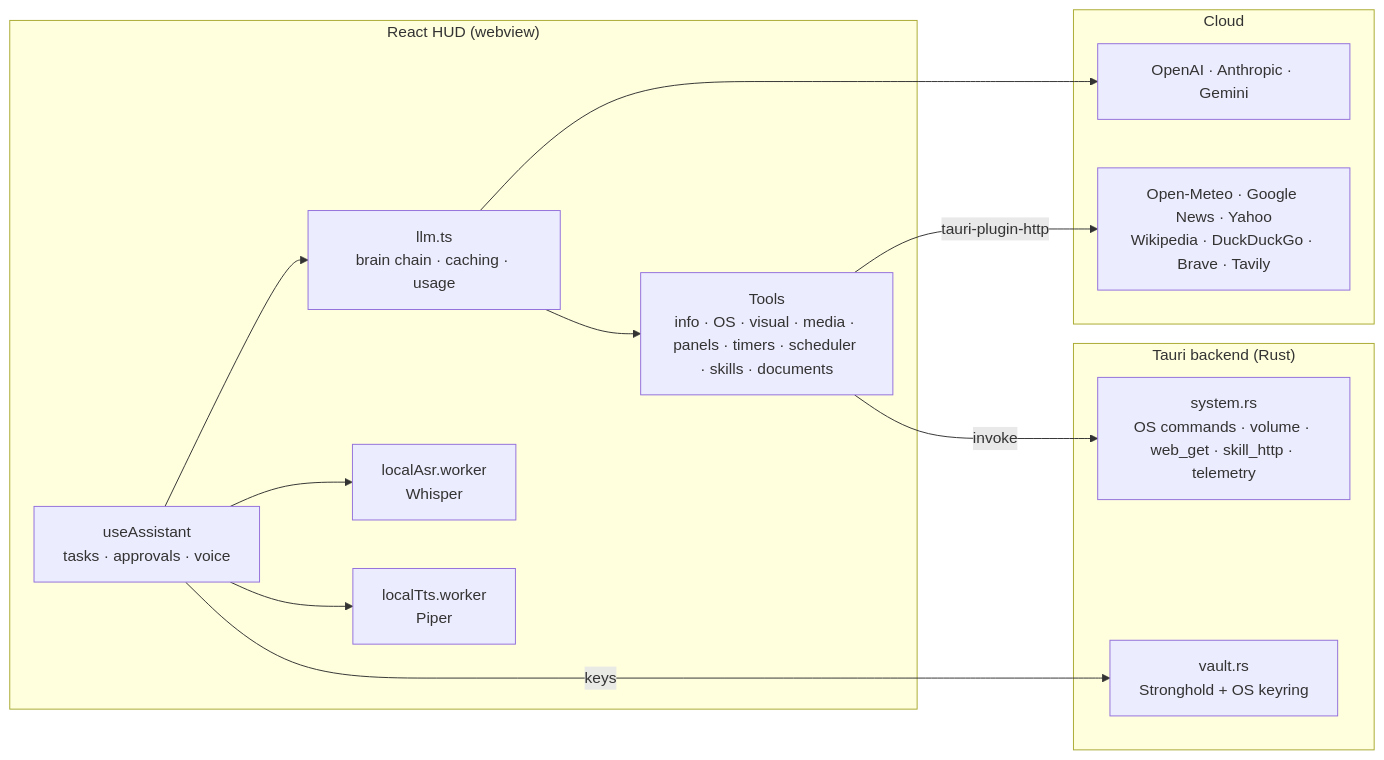
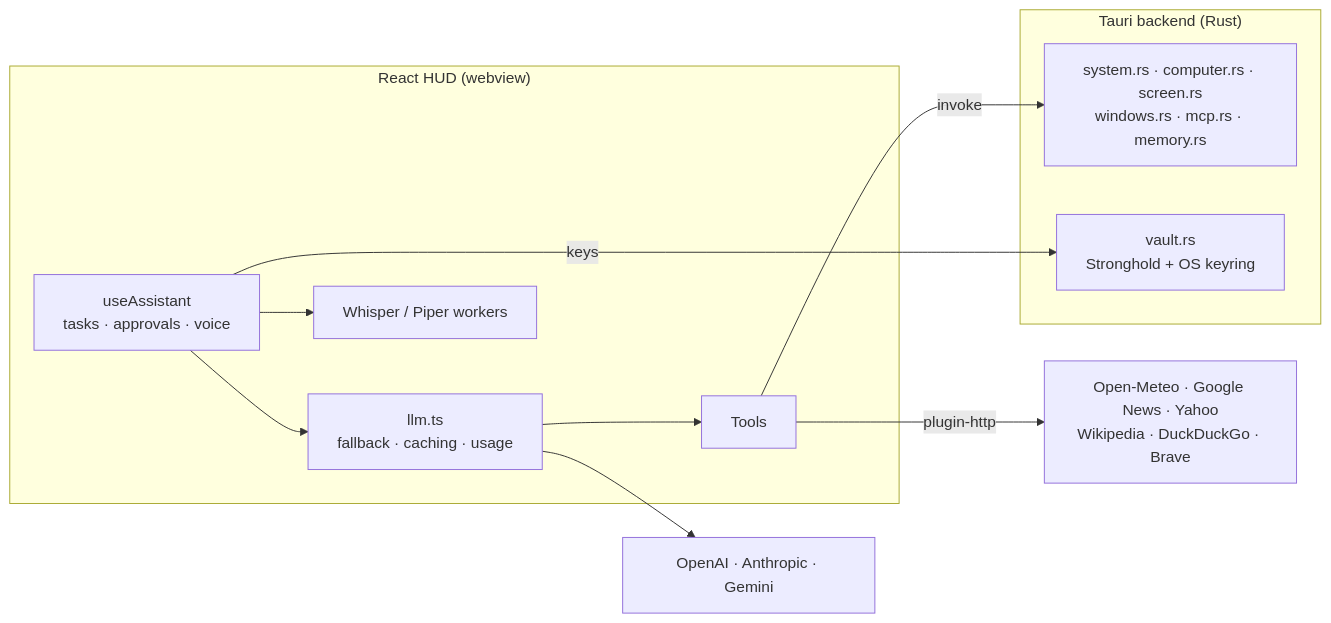
The second of 2 diagrams in README.md (Sh0ckFR/Iris), drawn with Mermaid before and after one commit. The commit also changed other lines of this file and 47 other files, not shown here.

````diff
--- a/README.md
+++ b/README.md
@@ -203,25 +113,15 @@
 ```mermaid
 flowchart LR
     subgraph UI["React HUD (webview)"]
-        UA[useAssistant<br/>tasks · approvals · voice]
-        LLM[llm.ts<br/>brain chain · caching · usage]
-        TOOLS[Tools<br/>info · OS · visual · media · panels · timers · scheduler · skills · documents]
-        W1[localAsr.worker<br/>Whisper]
-        W2[localTts.worker<br/>Piper]
+        UA[useAssistant<br/>tasks · approvals · voice] --> LLM[llm.ts<br/>fallback · caching · usage] --> TOOLS[Tools]
+        UA --> W[Whisper / Piper workers]
     end
     subgraph RUST["Tauri backend (Rust)"]
-        SYS[system.rs<br/>OS commands · volume · web_get · skill_http · telemetry]
+        SYS[system.rs · computer.rs · screen.rs<br/>windows.rs · mcp.rs · memory.rs]
         VAULT[vault.rs<br/>Stronghold + OS keyring]
     end
-    subgraph CLOUD["Cloud"]
-        AI[OpenAI · Anthropic · Gemini]
-        APIS[Open-Meteo · Google News · Yahoo<br/>Wikipedia · DuckDuckGo · Brave · Tavily]
-    end
-    UA --> LLM --> AI
-    UA --> W1
-    UA --> W2
-    LLM --> TOOLS
+    LLM --> AI[OpenAI · Anthropic · Gemini]
     TOOLS -->|invoke| SYS
-    TOOLS -->|tauri-plugin-http| APIS
+    TOOLS -->|plugin-http| APIS[Open-Meteo · Google News · Yahoo<br/>Wikipedia · DuckDuckGo · Brave]
     UA -->|keys| VAULT
 ```
````
